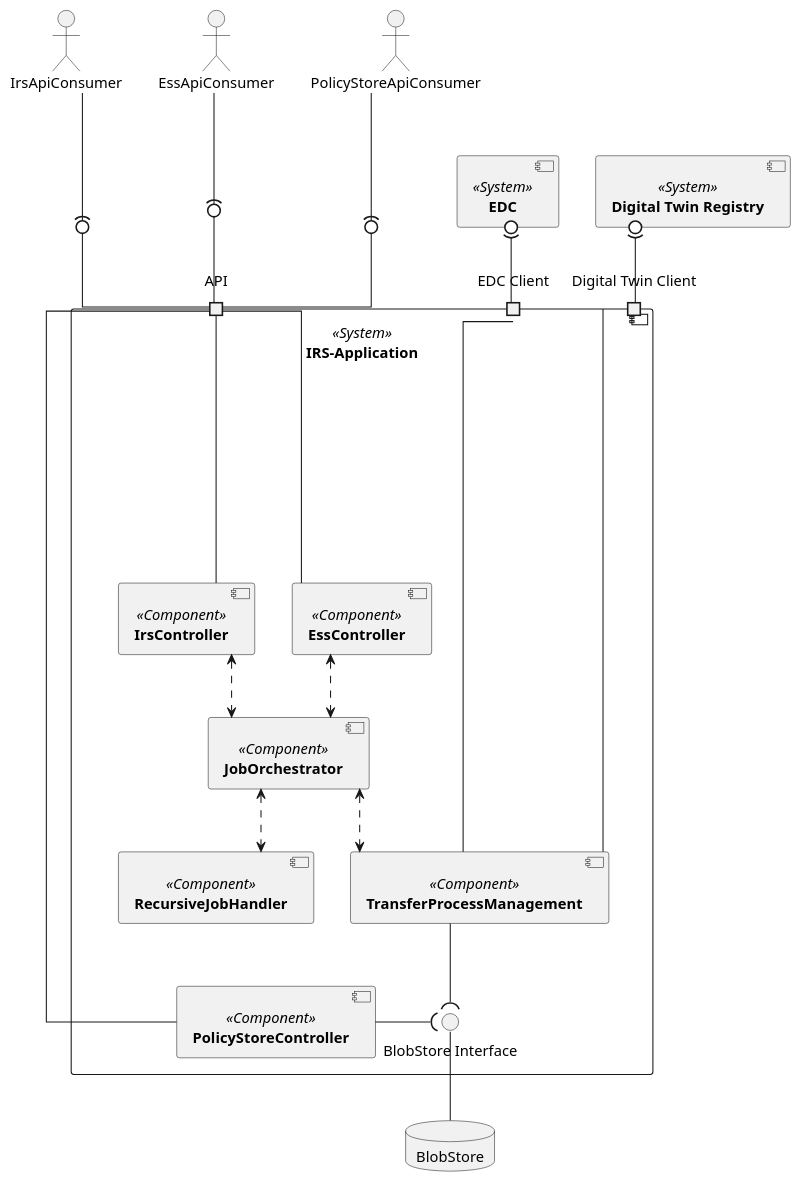
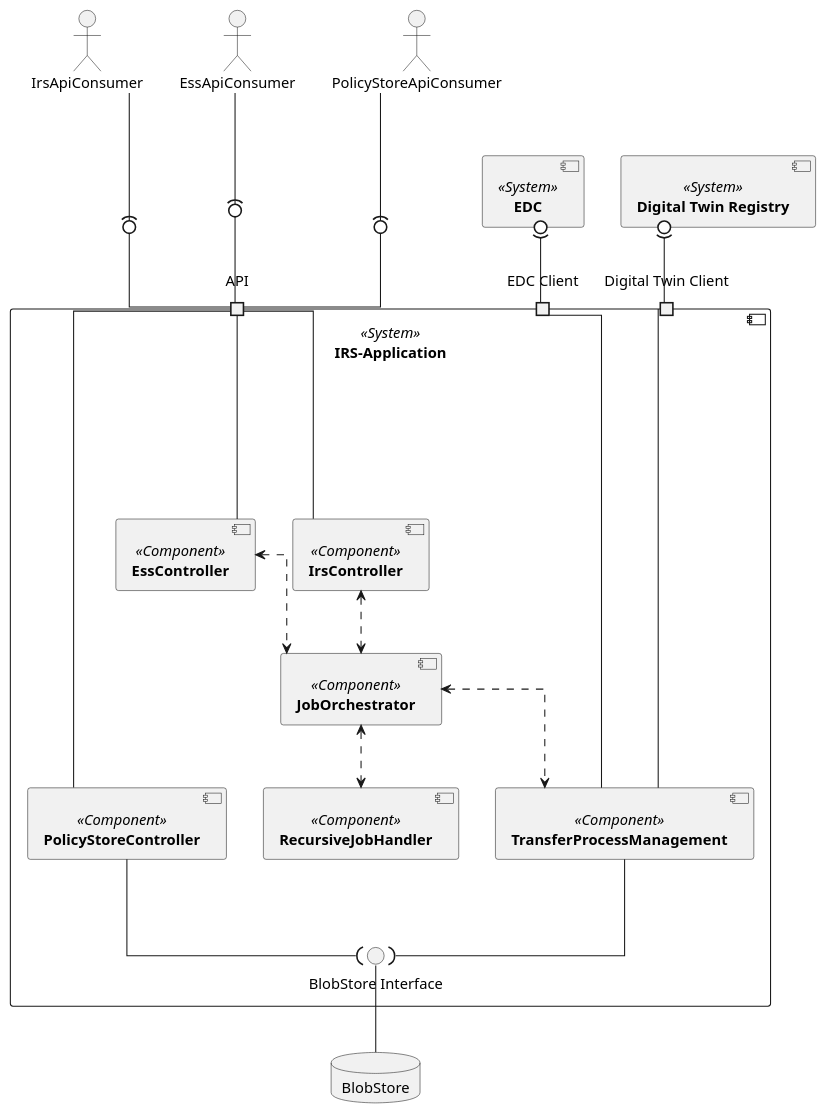
The diagram in docs/src/uml-diagrams/building-block-view/building-block-view.puml (eclipse-tractusx/item-relationship-service), drawn with PlantUML before and after one commit.

```diff
--- a/docs/src/uml-diagrams/building-block-view/building-block-view.puml
+++ b/docs/src/uml-diagrams/building-block-view/building-block-view.puml
@@ -1,55 +1,55 @@
 @startuml
 skinparam monochrome true
 skinparam shadowing false
 skinparam linetype ortho
 skinparam defaultFontName "Architects daughter"
 
 
 actor IrsApiConsumer
 actor EssApiConsumer
 actor PolicyStoreApiConsumer
 
 component [**Digital Twin Registry**] <<System>> as DTR
 component [**EDC**] <<System>> as EDC
 
 component [**IRS-Application**] <<System>> as IRS {
     component [**RecursiveJobHandler**] <<Component>> as RecursiveJobHandler
     component [**IrsController**] <<Component>> as IrsController
     component [**PolicyStoreController**] <<Component>> as PolicyStoreController
     component [**EssController**] <<Component>> as EssController
     component [**JobOrchestrator**] <<Component>> as JobOrchestrator
     component [**TransferProcessManagement**] <<Component>> as TransferProcessManagement
 
     port "API" as API_PORT
     port "Digital Twin Client" as AAS_PORT
     port "EDC Client" as EDC_PORT
     () "BlobStore Interface" as StoreInterface
 
     IrsController <..> JobOrchestrator
     JobOrchestrator <..> TransferProcessManagement
     JobOrchestrator <..> RecursiveJobHandler
     TransferProcessManagement --( StoreInterface
-    PolicyStoreController -( StoreInterface
+    PolicyStoreController --( StoreInterface
     EssController <..> JobOrchestrator
 }
 
 
 
 
 
 IrsController -up- API_PORT
 PolicyStoreController -down- API_PORT
 EssController -down- API_PORT
 IrsApiConsumer --down(0- API_PORT
 EssApiConsumer --down(0- API_PORT
 PolicyStoreApiConsumer --(0- API_PORT
 
 TransferProcessManagement --right-- AAS_PORT
 TransferProcessManagement --right-- EDC_PORT
 
 AAS_PORT -up-(0 DTR
 EDC_PORT -up-(0 EDC
 
 database "BlobStore" as BlobStore
 StoreInterface -down- BlobStore
 @enduml
```
